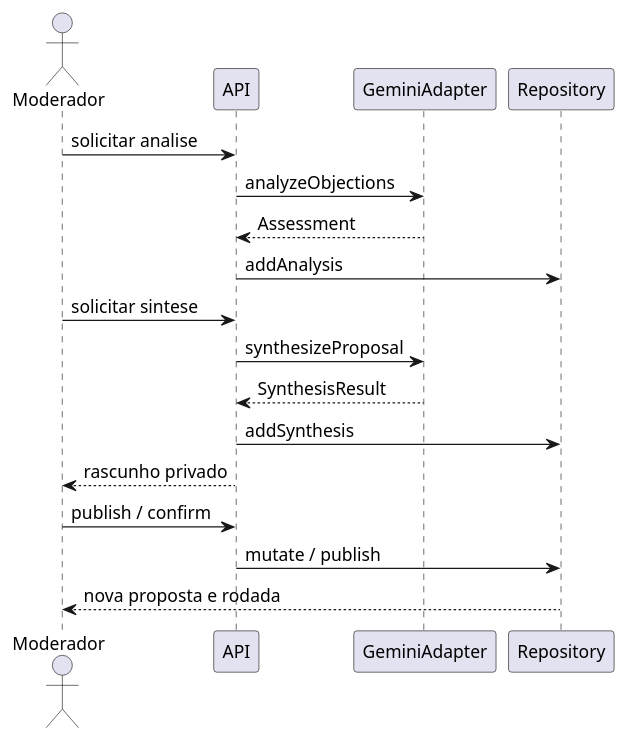
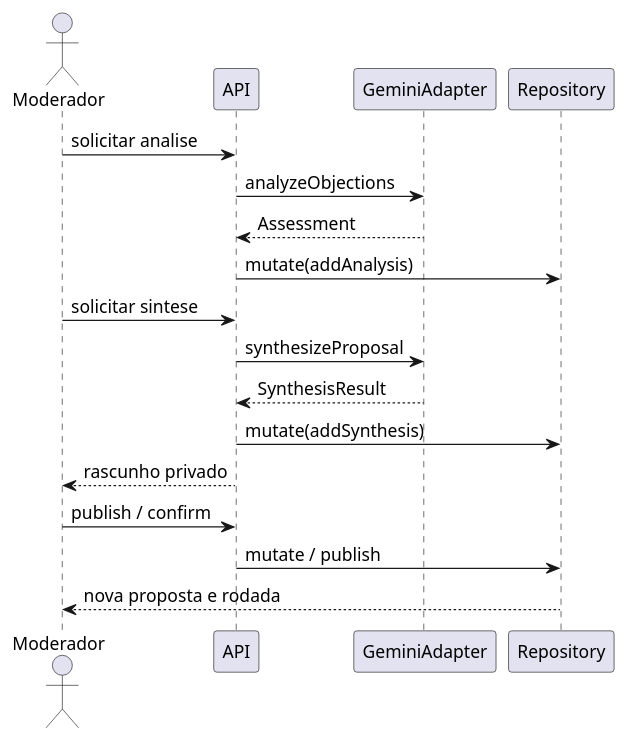
The diagram in prototype-v2/docs/entrega-academica/diagramas/F10.puml (MRmoratelli/tcc-decisao-coletiva), drawn with PlantUML before and after one commit. The commit also changed 9 other files, not shown here.

```diff
--- a/prototype-v2/docs/entrega-academica/diagramas/F10.puml
+++ b/prototype-v2/docs/entrega-academica/diagramas/F10.puml
@@ -1,21 +1,21 @@
 @startuml
 skinparam defaultFontSize 14
 skinparam shadowing false
 skinparam backgroundColor white
 actor Moderador as M
 participant API
 participant GeminiAdapter as G
 participant Repository as R
 M -> API : solicitar analise
 API -> G : analyzeObjections
 G --> API : Assessment
-API -> R : addAnalysis
+API -> R : mutate(addAnalysis)
 M -> API : solicitar sintese
 API -> G : synthesizeProposal
 G --> API : SynthesisResult
-API -> R : addSynthesis
+API -> R : mutate(addSynthesis)
 API --> M : rascunho privado
 M -> API : publish / confirm
 API -> R : mutate / publish
 R --> M : nova proposta e rodada
 @enduml
```
